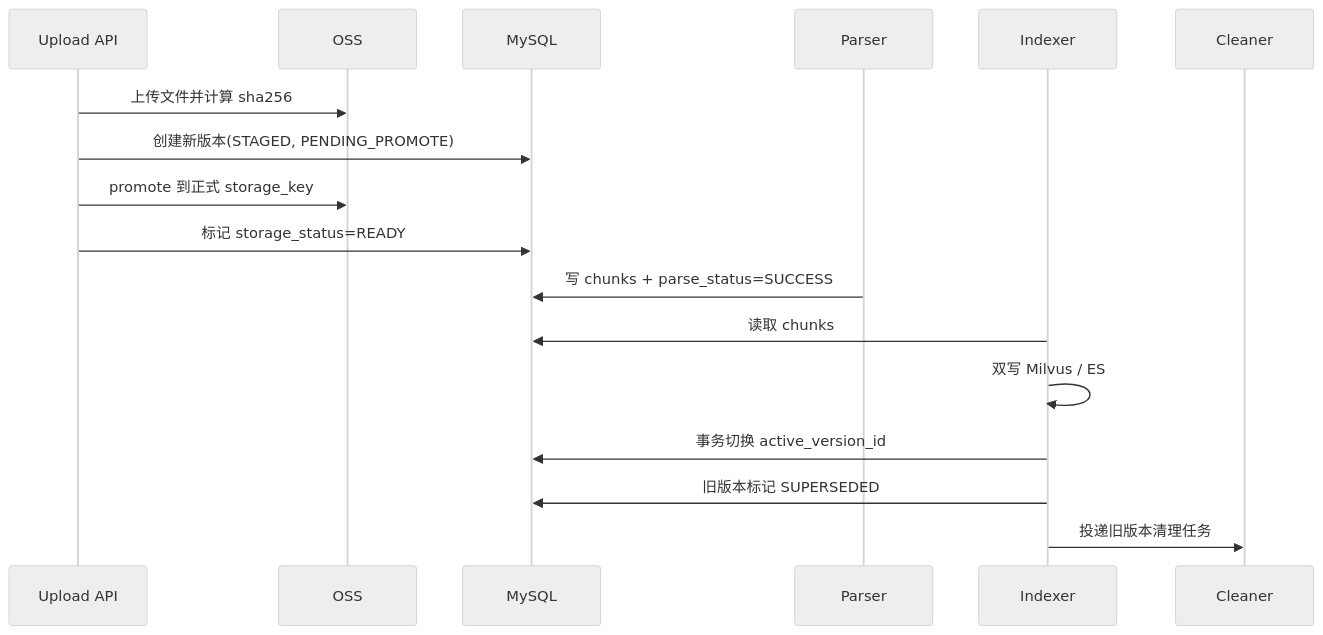
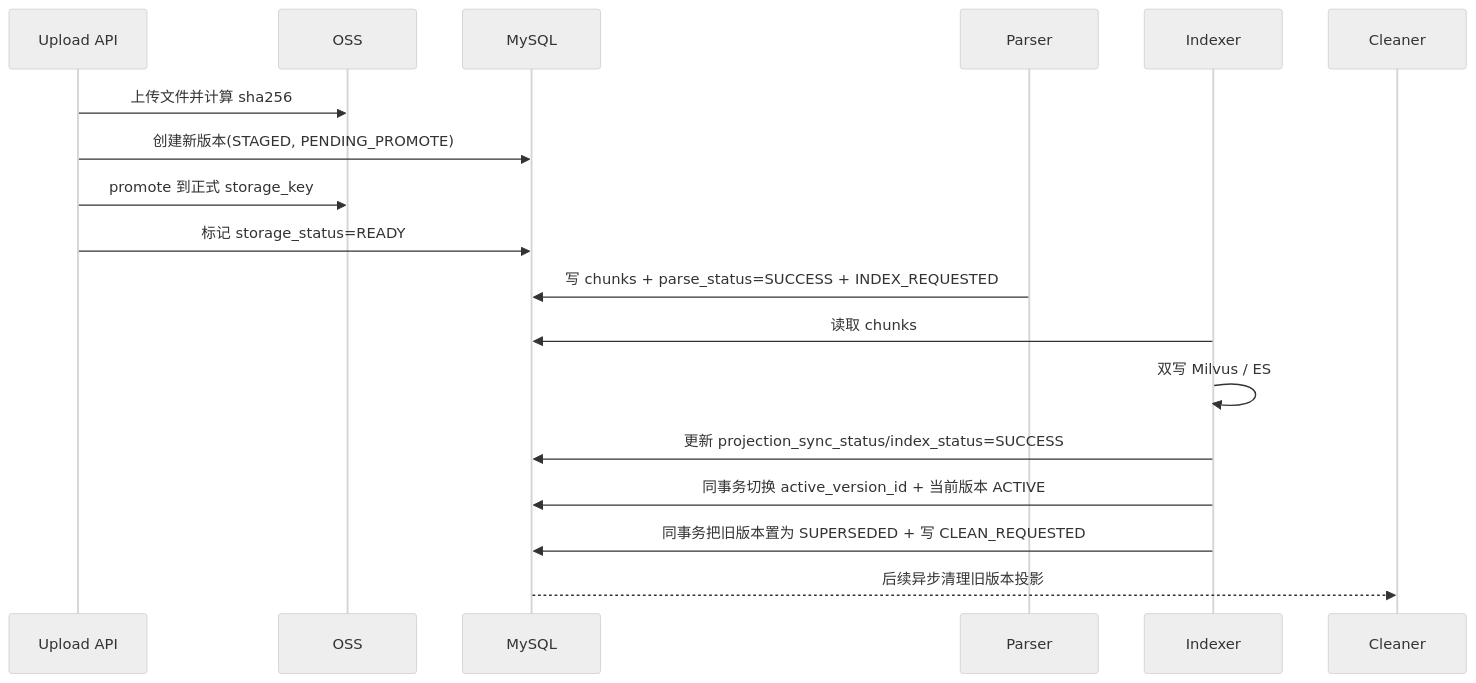
The second of 7 diagrams in src/learning_common_lib/案例/实现AgenticRAG数据库管理/技术拆解.md (kkk935208447/learning_common_lib), drawn with Mermaid (neutral theme) before and after one commit. The commit also changed other lines of this file and 1 other file, not shown here.

Commit message:
feat(实现AgenticRAG数据库管理): 更新文档和流程图以增强任务执行的清晰度
- 增加了投影数据库构建切换成功主路径的描述，提升了文档的可读性。
- 更新了任务流程图，明确了各个阶段的功能和逻辑关系，便于理解任务的执行过程。
- 添加了对事务切换和旧版本清理的详细说明，确保文档与当前实现一致。

````diff
--- a/src/learning_common_lib/案例/实现AgenticRAG数据库管理/技术拆解.md
+++ b/src/learning_common_lib/案例/实现AgenticRAG数据库管理/技术拆解.md
@@ -174,20 +176,21 @@
 ```mermaid
 sequenceDiagram
     participant API as Upload API
     participant OSS as OSS
     participant DB as MySQL
     participant PARSE as Parser
     participant INDEX as Indexer
     participant CLEAN as Cleaner
 
     API->>OSS: 上传文件并计算 sha256
     API->>DB: 创建新版本(STAGED, PENDING_PROMOTE)
     API->>OSS: promote 到正式 storage_key
     API->>DB: 标记 storage_status=READY
-    PARSE->>DB: 写 chunks + parse_status=SUCCESS
+    PARSE->>DB: 写 chunks + parse_status=SUCCESS + INDEX_REQUESTED
     INDEX->>DB: 读取 chunks
     INDEX->>INDEX: 双写 Milvus / ES
-    INDEX->>DB: 事务切换 active_version_id
-    INDEX->>DB: 旧版本标记 SUPERSEDED
-    INDEX->>CLEAN: 投递旧版本清理任务
+    INDEX->>DB: 更新 projection_sync_status/index_status=SUCCESS
+    INDEX->>DB: 同事务切换 active_version_id + 当前版本 ACTIVE
+    INDEX->>DB: 同事务把旧版本置为 SUPERSEDED + 写 CLEAN_REQUESTED
+    DB-->>CLEAN: 后续异步清理旧版本投影
 ```
````
